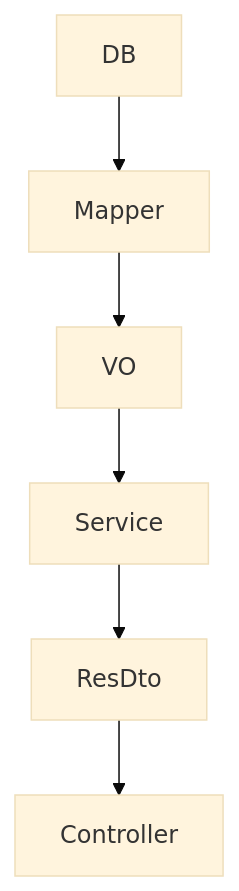
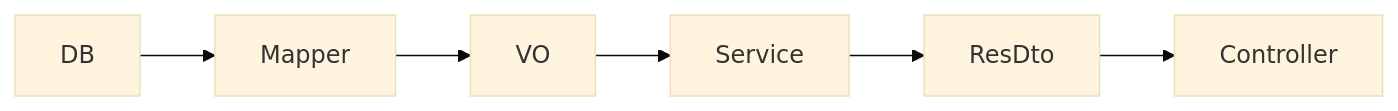
One commit to jw3418/jw3418.github.io changed the fourth of 6 diagrams in _posts/2026-08-12-spring-mybatis-mapper-pattern.md. Above: the diagram before and after it, drawn with Mermaid (base theme). The commit also changed other lines of this file, not shown here.

````diff
--- a/_posts/2026-08-12-spring-mybatis-mapper-pattern.md
+++ b/_posts/2026-08-12-spring-mybatis-mapper-pattern.md
@@ -149,4 +140,4 @@
 ```mermaid
-flowchart TD
+flowchart LR
   D4["DB"] --> M4["Mapper"] --> V4["VO"] --> S4["Service"] --> R4["ResDto"] --> C4["Controller"]
 ```
````
